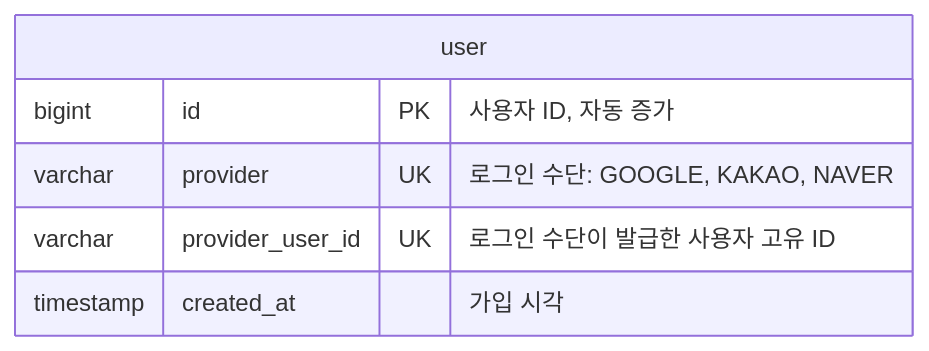
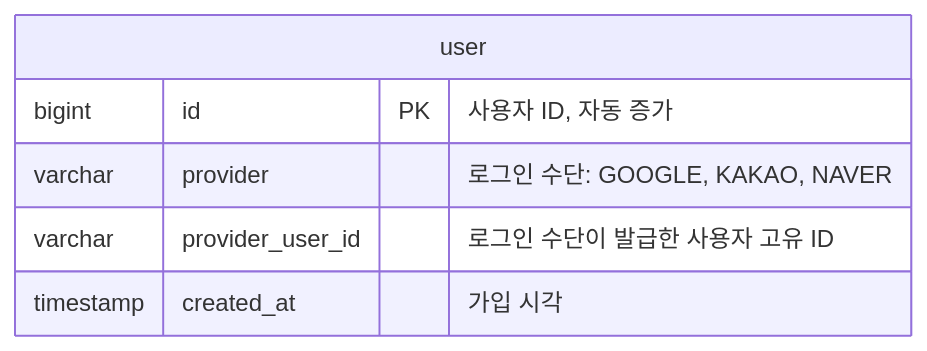
The second of 4 diagrams in docs/erd.md (f-lab-edu/jipsee), drawn with Mermaid before and after one commit. The commit also changed other lines of this file, not shown here.

Commit message:
docs: ERD 컬럼별 UK 표기 제거

````diff
--- a/docs/erd.md
+++ b/docs/erd.md
@@ -24,9 +24,9 @@
 ```mermaid
 erDiagram
     user {
         bigint id PK "사용자 ID, 자동 증가"
-        varchar provider UK "로그인 수단: GOOGLE, KAKAO, NAVER"
-        varchar provider_user_id UK "로그인 수단이 발급한 사용자 고유 ID"
+        varchar provider "로그인 수단: GOOGLE, KAKAO, NAVER"
+        varchar provider_user_id "로그인 수단이 발급한 사용자 고유 ID"
         timestamp created_at "가입 시각"
     }
 ```
````
